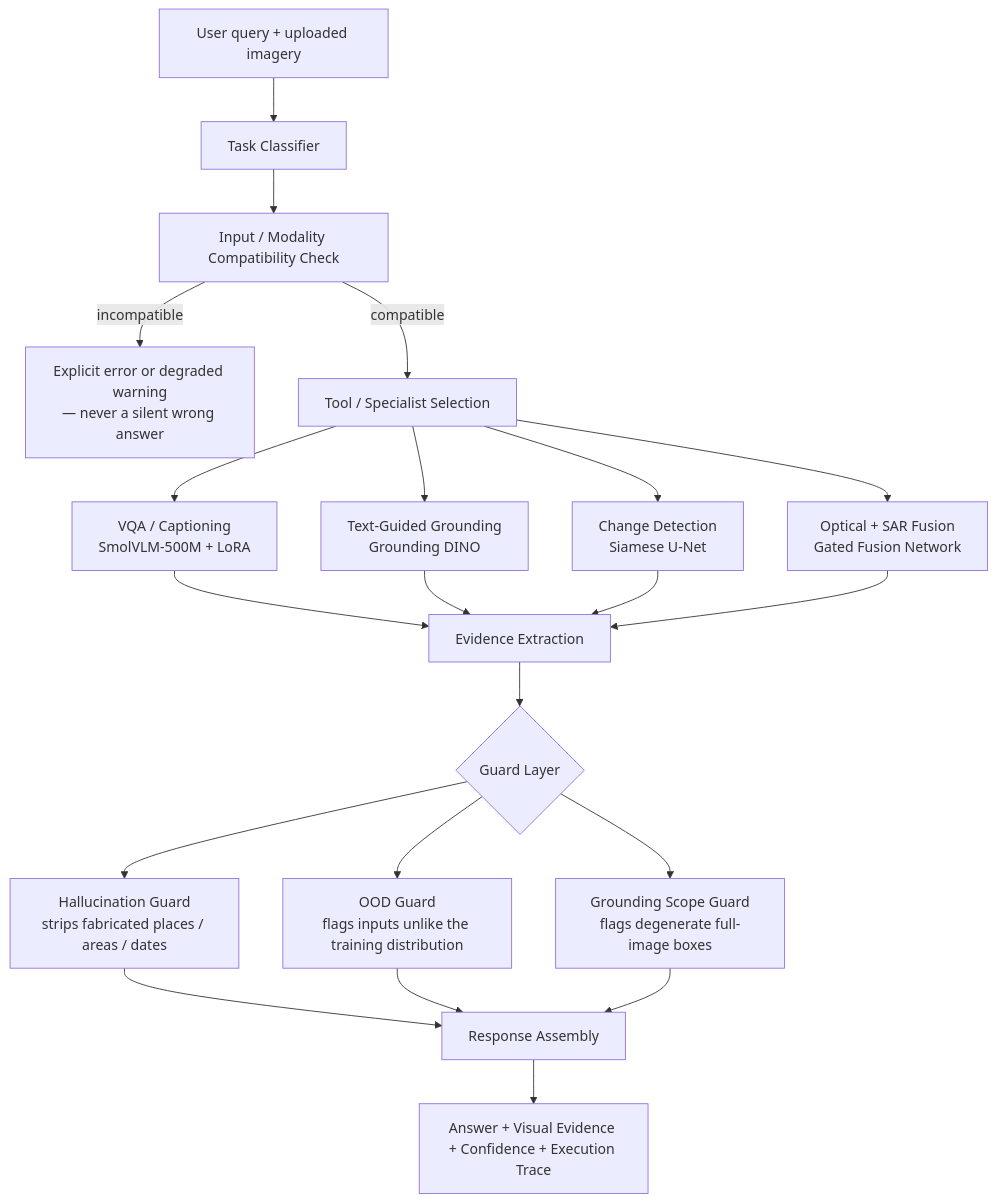
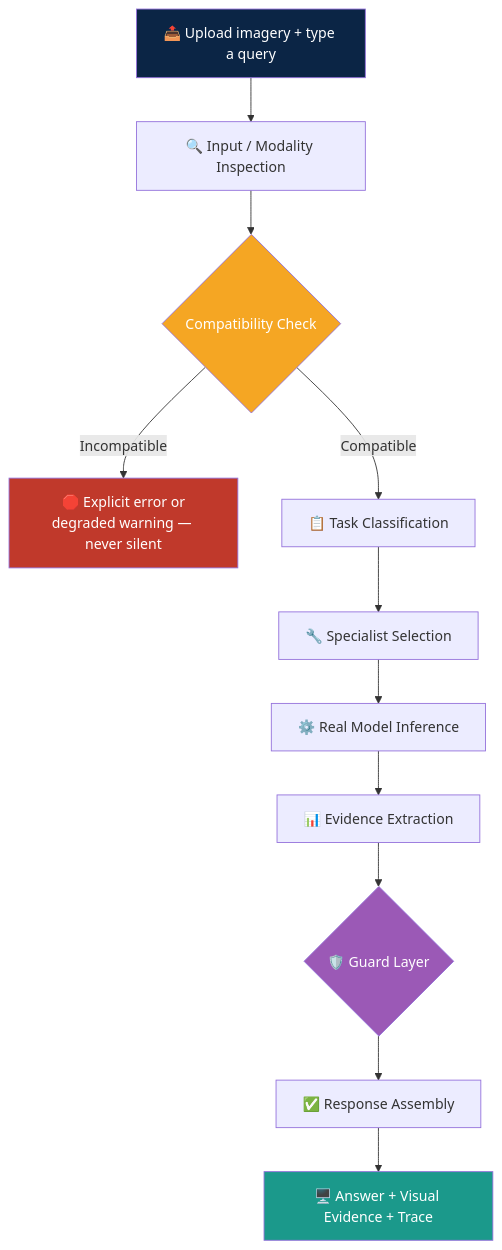
The diagram in README.md (1233-kp/satquery-ai), drawn with Mermaid before and after one commit. The commit also changed other lines of this file, not shown here.

````diff
--- a/README.md
+++ b/README.md
@@ -60,23 +158,19 @@
 ```mermaid
-flowchart TD
-    A[User query + uploaded imagery] --> B[Task Classifier]
-    B --> C[Input / Modality Compatibility Check]
-    C -->|incompatible| C1[Explicit error or degraded warning\n— never a silent wrong answer]
-    C -->|compatible| D[Tool / Specialist Selection]
-    D --> E1[VQA / Captioning\nSmolVLM-500M + LoRA]
-    D --> E2[Text-Guided Grounding\nGrounding DINO]
-    D --> E3[Change Detection\nSiamese U-Net]
-    D --> E4[Optical + SAR Fusion\nGated Fusion Network]
-    E1 --> F[Evidence Extraction]
-    E2 --> F
-    E3 --> F
-    E4 --> F
-    F --> G{Guard Layer}
-    G --> G1[Hallucination Guard\nstrips fabricated places / areas / dates]
-    G --> G2[OOD Guard\nflags inputs unlike the training distribution]
-    G --> G3[Grounding Scope Guard\nflags degenerate full-image boxes]
-    G1 --> H[Response Assembly]
-    G2 --> H
-    G3 --> H
-    H --> I[Answer + Visual Evidence + Confidence + Execution Trace]
+graph TD
+    A[📤 Upload imagery + type a query] --> B[🔍 Input / Modality Inspection]
+    B --> C{Compatibility Check}
+    C -->|Incompatible| C1[🛑 Explicit error or<br/>degraded warning — never silent]
+    C -->|Compatible| D[📋 Task Classification]
+    D --> E[🔧 Specialist Selection]
+    E --> F[⚙️ Real Model Inference]
+    F --> G[📊 Evidence Extraction]
+    G --> H{🛡️ Guard Layer}
+    H --> I[✅ Response Assembly]
+    I --> J[🖥️ Answer + Visual Evidence + Trace]
+
+    style A fill:#0B2545,color:#fff
+    style C fill:#F5A623,color:#fff
+    style C1 fill:#C0392B,color:#fff
+    style H fill:#9B59B6,color:#fff
+    style J fill:#1B998B,color:#fff
 ```
````
